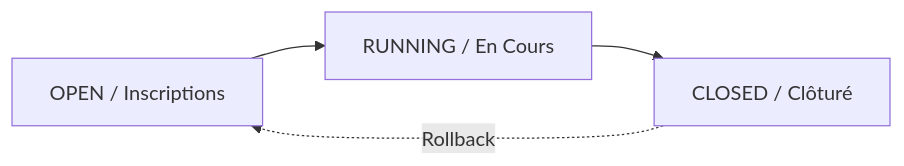
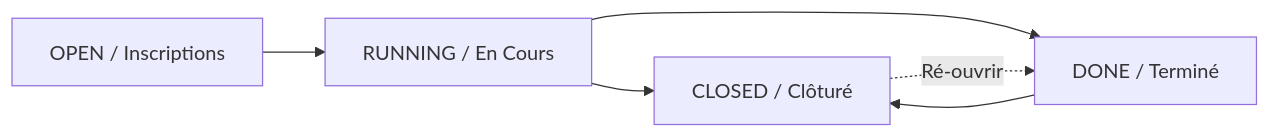
One commit to Aschefr/Alanbix changed the diagram in docs/fr/features/tournaments.md. Above: the diagram before and after it, drawn with Mermaid. The commit also changed other lines of this file and 93 other files, not shown here.

````diff
--- a/docs/fr/features/tournaments.md
+++ b/docs/fr/features/tournaments.md
@@ -11,6 +11,8 @@
 ```mermaid
 graph LR
     OPEN[OPEN / Inscriptions] --> RUNNING[RUNNING / En Cours]
     RUNNING --> CLOSED[CLOSED / Clôturé]
-    CLOSED -.->|Rollback| OPEN
+    RUNNING --> DONE[DONE / Terminé]
+    DONE --> CLOSED
+    CLOSED -.->|Ré-ouvrir| DONE
 ```
````
